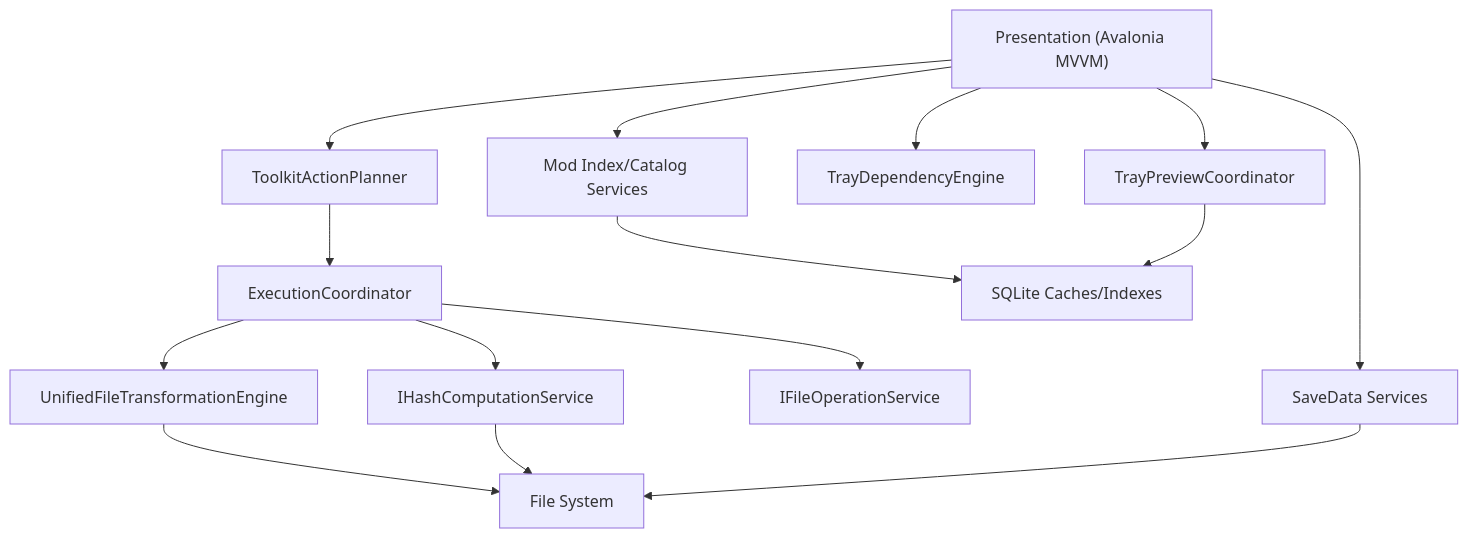
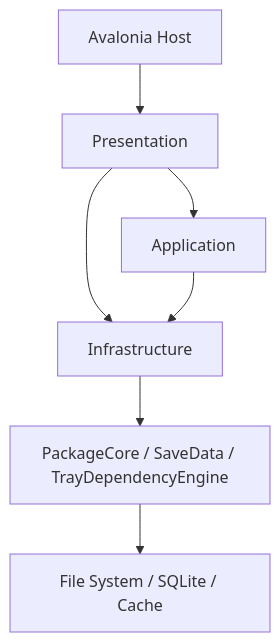
Before and after one commit to Azvf/SimsToolkit: the diagram in README.md, drawn with Mermaid. The commit also changed other lines of this file and 3 other files, not shown here.

Commit message:
docs: refresh architecture overview

````diff
--- a/README.md
+++ b/README.md
@@ -42,19 +59,9 @@
 ```mermaid
 graph TD
-    UI["Presentation (Avalonia MVVM)"] --> PLAN["ToolkitActionPlanner"]
-    PLAN --> COORD["ExecutionCoordinator"]
-    COORD --> UFT["UnifiedFileTransformationEngine"]
-    COORD --> HASH["IHashComputationService"]
-    COORD --> FILE["IFileOperationService"]
-
-    UI --> TRAYPREVIEW["TrayPreviewCoordinator"]
-    UI --> TRAYDEP["TrayDependencyEngine"]
-    UI --> MODS["Mod Index/Catalog Services"]
-    UI --> SAVE["SaveData Services"]
-
-    UFT --> FS["File System"]
-    HASH --> FS
-    MODS --> SQLITE["SQLite Caches/Indexes"]
-    TRAYPREVIEW --> SQLITE
-    SAVE --> FS
+    UI["Avalonia Host"] --> PRES["Presentation"]
+    PRES --> APP["Application"]
+    PRES --> INFRA["Infrastructure"]
+    INFRA --> CORE["PackageCore / SaveData / TrayDependencyEngine"]
+    APP --> INFRA
+    CORE --> FS["File System / SQLite / Cache"]
 ```
````
